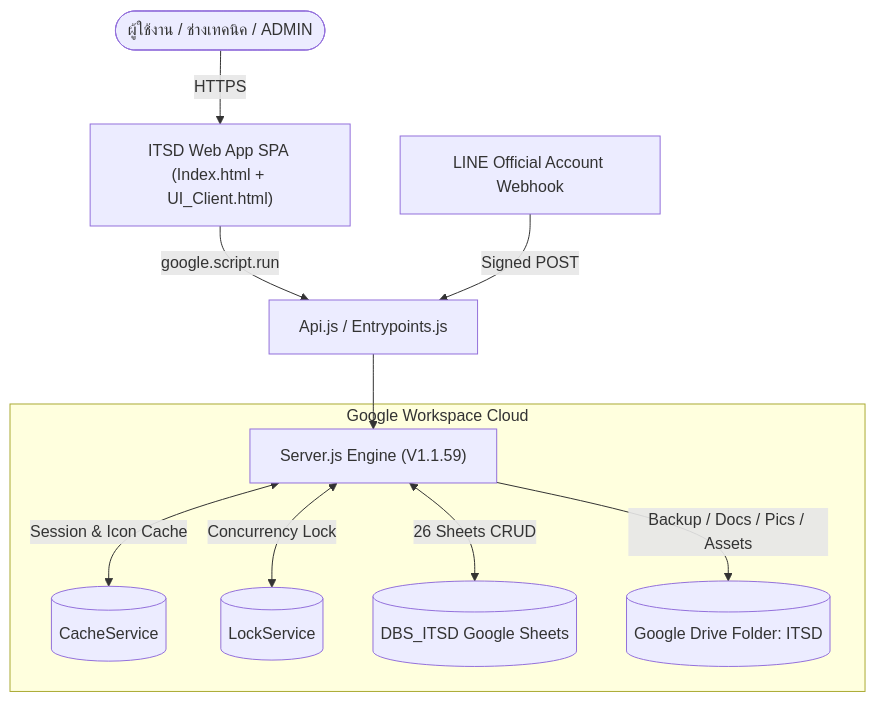
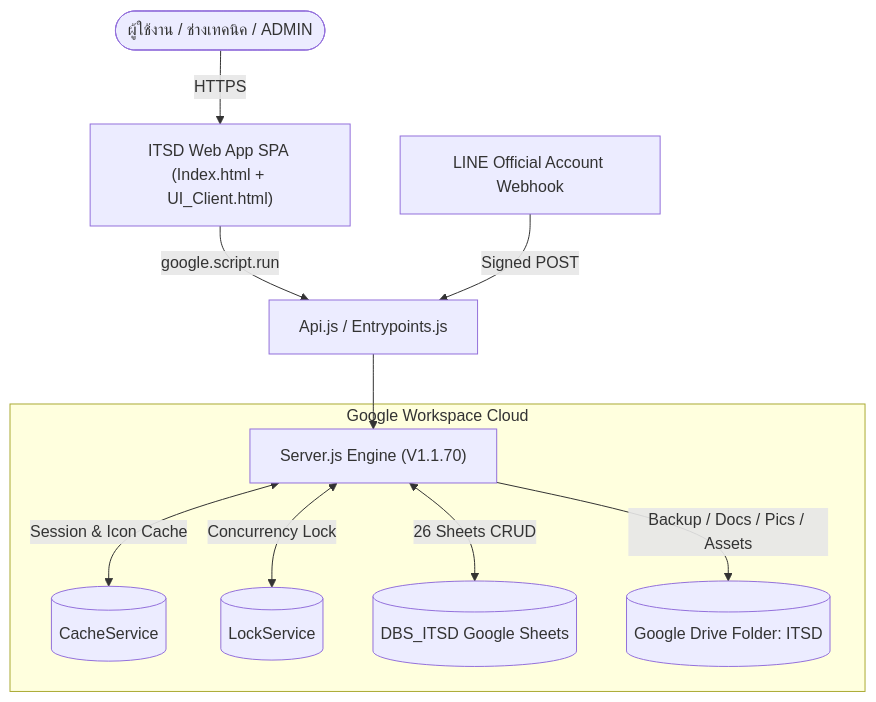
One commit to longzedesign-dotcom/ITServiceDesk changed the first of 2 diagrams in README.md. Above: the diagram before and after it, drawn with Mermaid. The commit also changed other lines of this file, not shown here.

````diff
--- a/README.md
+++ b/README.md
@@ -59,15 +62,15 @@
 ```mermaid
 flowchart TD
     User(["ผู้ใช้งาน / ช่างเทคนิค / ADMIN"]) -->|HTTPS| WebApp["ITSD Web App SPA (Index.html + UI_Client.html)"]
     WebApp -->|google.script.run| Facade["Api.js / Entrypoints.js"]
-    Facade --> Core["Server.js Engine (V1.1.59)"]
+    Facade --> Core["Server.js Engine (V1.1.70)"]
 
     subgraph Google["Google Workspace Cloud"]
         Core <-->|Session & Icon Cache| Cache[("CacheService")]
         Core <-->|Concurrency Lock| Lock[("LockService")]
         Core <-->|26 Sheets CRUD| Sheets[("DBS_ITSD Google Sheets")]
         Core -->|Backup / Docs / Pics / Assets| Drive[("Google Drive Folder: ITSD")]
     end
 
     LINE["LINE Official Account Webhook"] -->|Signed POST| Facade
 ```
````
